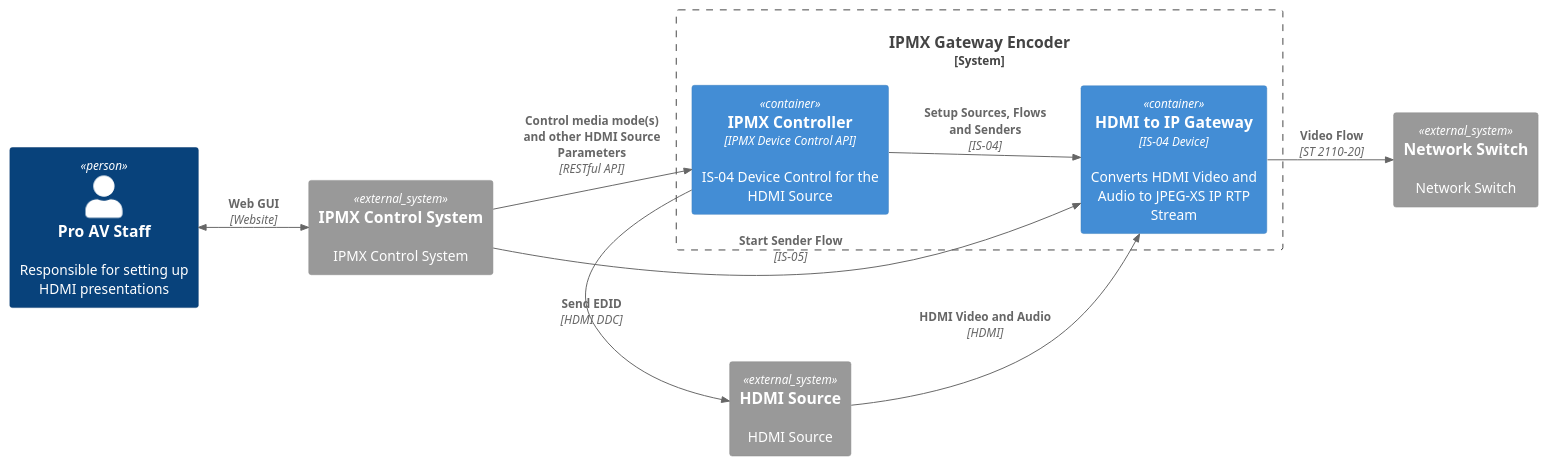
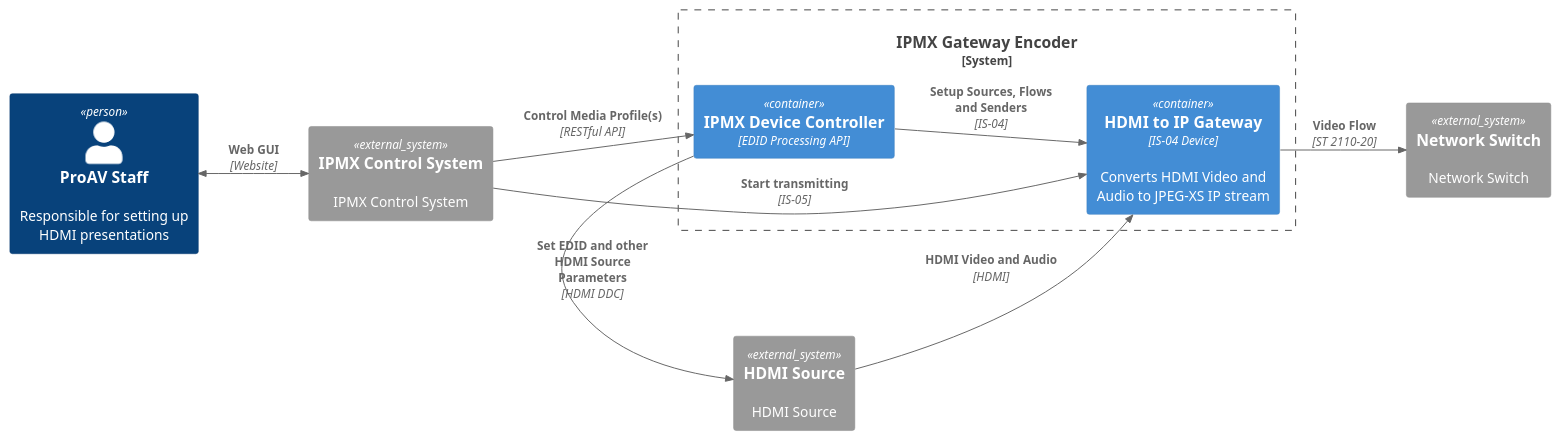
Before and after one commit to AMWA-TV/bcp-005-01: the diagram in docs/images/puml/ipmx_encoder_component_diagram.puml, drawn with PlantUML. The commit also changed 41 other files, not shown here.

First line of the commit message:
EDID Processing API and proofreading (#37)

```diff
--- a/docs/images/puml/ipmx_encoder_component_diagram.puml
+++ b/docs/images/puml/ipmx_encoder_component_diagram.puml
@@ -1,24 +1,24 @@
 @startuml
 !include https://raw.githubusercontent.com/plantuml-stdlib/C4-PlantUML/master/C4_Container.puml
 
 LAYOUT_LEFT_RIGHT()
 
-Person(person, "Pro AV Staff", "Responsible for setting up HDMI presentations")
+Person(person, "ProAV Staff", "Responsible for setting up HDMI presentations")
 
 System_Ext(ics, "IPMX Control System", "IPMX Control System")
 System_Ext(hdmi, "HDMI Source", "HDMI Source")
 System_Ext(switch, "Network Switch", "Network Switch")
 
 System_Boundary(proav, "IPMX Gateway Encoder") {
-    Container(gw, "HDMI to IP Gateway", "IS-04 Device", "Converts HDMI Video and Audio to JPEG-XS IP RTP Stream")
-    Container(ipmx_controller, "IPMX Controller", "IPMX Device Control API", "IS-04 Device Control for the HDMI Source")
+    Container(gw, "HDMI to IP Gateway", "IS-04 Device", "Converts HDMI Video and Audio to JPEG-XS IP stream")
+    Container(ipmx_controller, "IPMX Device Controller", "EDID Processing API", "")
 }
 
 BiRel(person, ics, "Web GUI", "Website")
-Rel(ics, ipmx_controller, "Control media mode(s) and other HDMI Source Parameters", "RESTful API")
-Rel(ipmx_controller, hdmi, "Send EDID", "HDMI DDC")
+Rel(ics, ipmx_controller, "Control Media Profile(s)", "RESTful API")
+Rel(ipmx_controller, hdmi, "Set EDID and other HDMI Source Parameters", "HDMI DDC")
 Rel(ipmx_controller, gw, "Setup Sources, Flows and Senders", "IS-04")
-Rel(ics, gw, "Start Sender Flow", "IS-05")
+Rel(ics, gw, "Start transmitting", "IS-05")
 Rel(hdmi, gw, "HDMI Video and Audio", "HDMI")
 Rel(gw, switch, "Video Flow", "ST 2110-20")
 @enduml
```
